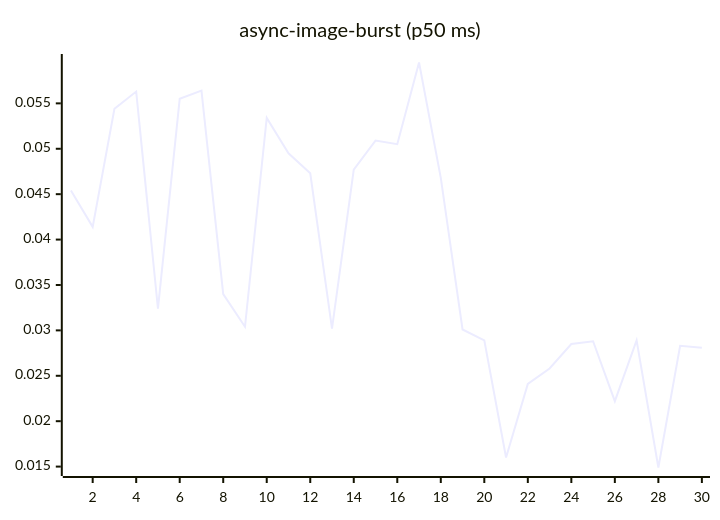
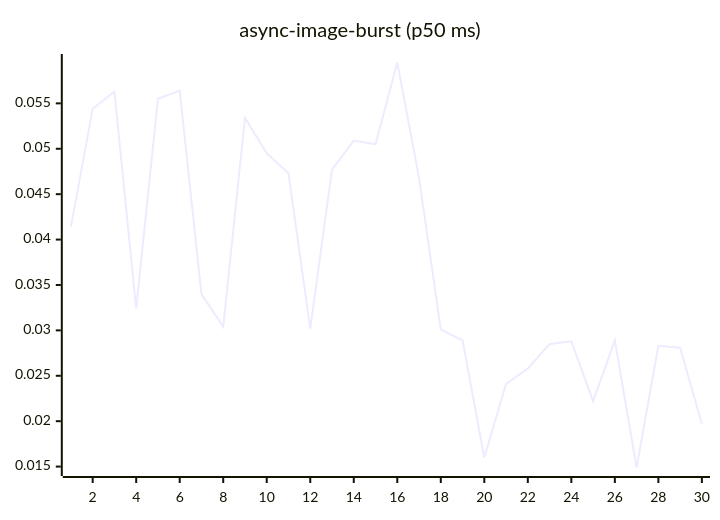
The fourth of 27 diagrams in README.md (josha/Facet), drawn with Mermaid before and after one commit. The commit also changed other lines of this file and 2 other files, not shown here.

````diff
--- a/README.md
+++ b/README.md
@@ -84,6 +84,6 @@
 ```mermaid
 xychart-beta
     title "async-image-burst (p50 ms)"
     x-axis 1 --> 30
-    line [0.0454, 0.0414, 0.0544, 0.0563, 0.0324, 0.0555, 0.0564, 0.0340, 0.0304, 0.0534, 0.0495, 0.0473, 0.0302, 0.0477, 0.0509, 0.0505, 0.0595, 0.0468, 0.0301, 0.0289, 0.0160, 0.0241, 0.0258, 0.0285, 0.0288, 0.0222, 0.0289, 0.0149, 0.0283, 0.0281]
+    line [0.0414, 0.0544, 0.0563, 0.0324, 0.0555, 0.0564, 0.0340, 0.0304, 0.0534, 0.0495, 0.0473, 0.0302, 0.0477, 0.0509, 0.0505, 0.0595, 0.0468, 0.0301, 0.0289, 0.0160, 0.0241, 0.0258, 0.0285, 0.0288, 0.0222, 0.0289, 0.0149, 0.0283, 0.0281, 0.0197]
 ```
````
